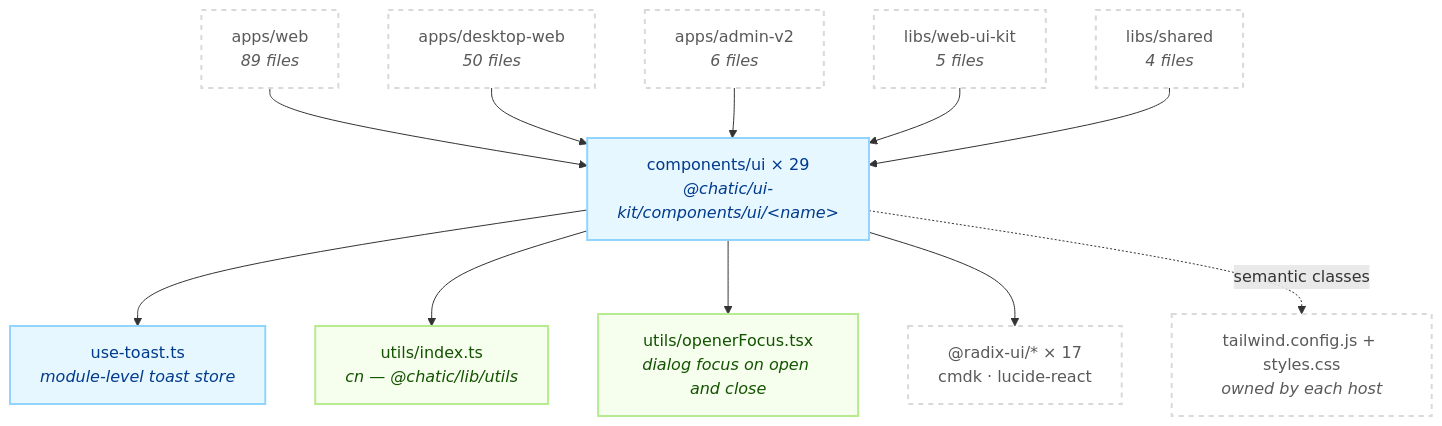
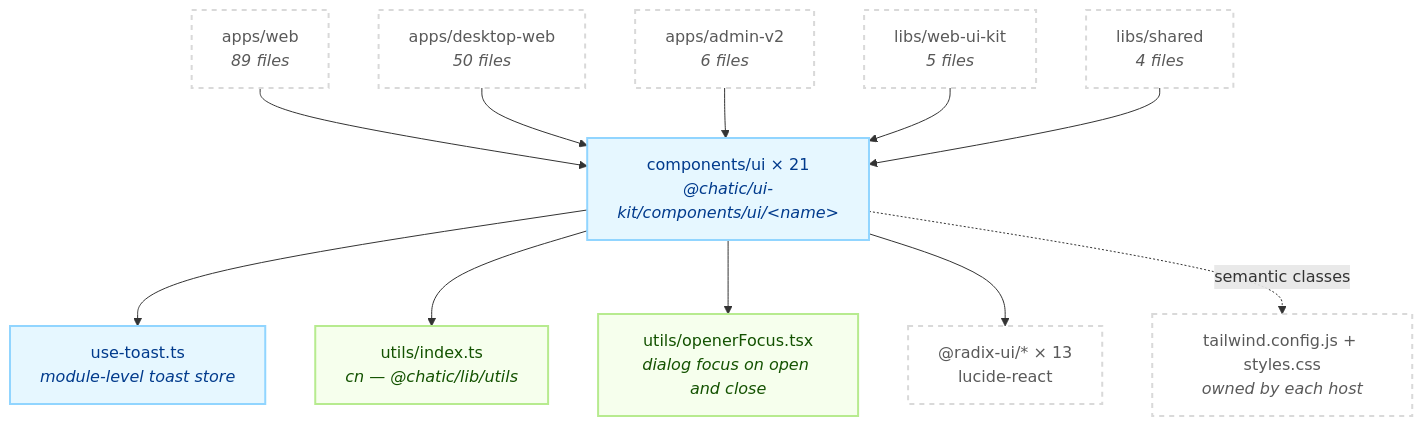
Before and after one commit to lemoncloud-io/dou-app: the diagram in libs/ui-kit/README.md, drawn with Mermaid. The commit also changed other lines of this file and 12 other files, not shown here.

````diff
--- a/libs/ui-kit/README.md
+++ b/libs/ui-kit/README.md
@@ -111,31 +109,31 @@
 ```mermaid
 flowchart TD
     classDef ui fill:#e6f7ff,stroke:#91d5ff,stroke-width:2px,color:#003a8c;
     classDef util fill:#f6ffed,stroke:#b7eb8f,stroke-width:2px,color:#135200;
     classDef ext fill:#ffffff,stroke:#d9d9d9,stroke-width:2px,color:#595959,stroke-dasharray: 5 5;
 
     W["apps/web<br/><i>89 files</i>"]:::ext
     D["apps/desktop-web<br/><i>50 files</i>"]:::ext
     A["apps/admin-v2<br/><i>6 files</i>"]:::ext
     K["libs/web-ui-kit<br/><i>5 files</i>"]:::ext
     S["libs/shared<br/><i>4 files</i>"]:::ext
 
-    C["components/ui × 29<br/><i>@chatic/ui-kit/components/ui/&lt;name&gt;</i>"]:::ui
+    C["components/ui × 21<br/><i>@chatic/ui-kit/components/ui/&lt;name&gt;</i>"]:::ui
     T["use-toast.ts<br/><i>module-level toast store</i>"]:::ui
     U["utils/index.ts<br/><i>cn — @chatic/lib/utils</i>"]:::util
     F["utils/openerFocus.tsx<br/><i>dialog focus on open and close</i>"]:::util
 
-    R["@radix-ui/* × 17<br/>cmdk · lucide-react"]:::ext
+    R["@radix-ui/* × 13<br/>lucide-react"]:::ext
     TW["tailwind.config.js + styles.css<br/><i>owned by each host</i>"]:::ext
 
     W --> C
     D --> C
     A --> C
     K --> C
     S --> C
     C --> T
     C --> U
     C --> F
     C --> R
     C -.->|"semantic classes"| TW
 ```
````
